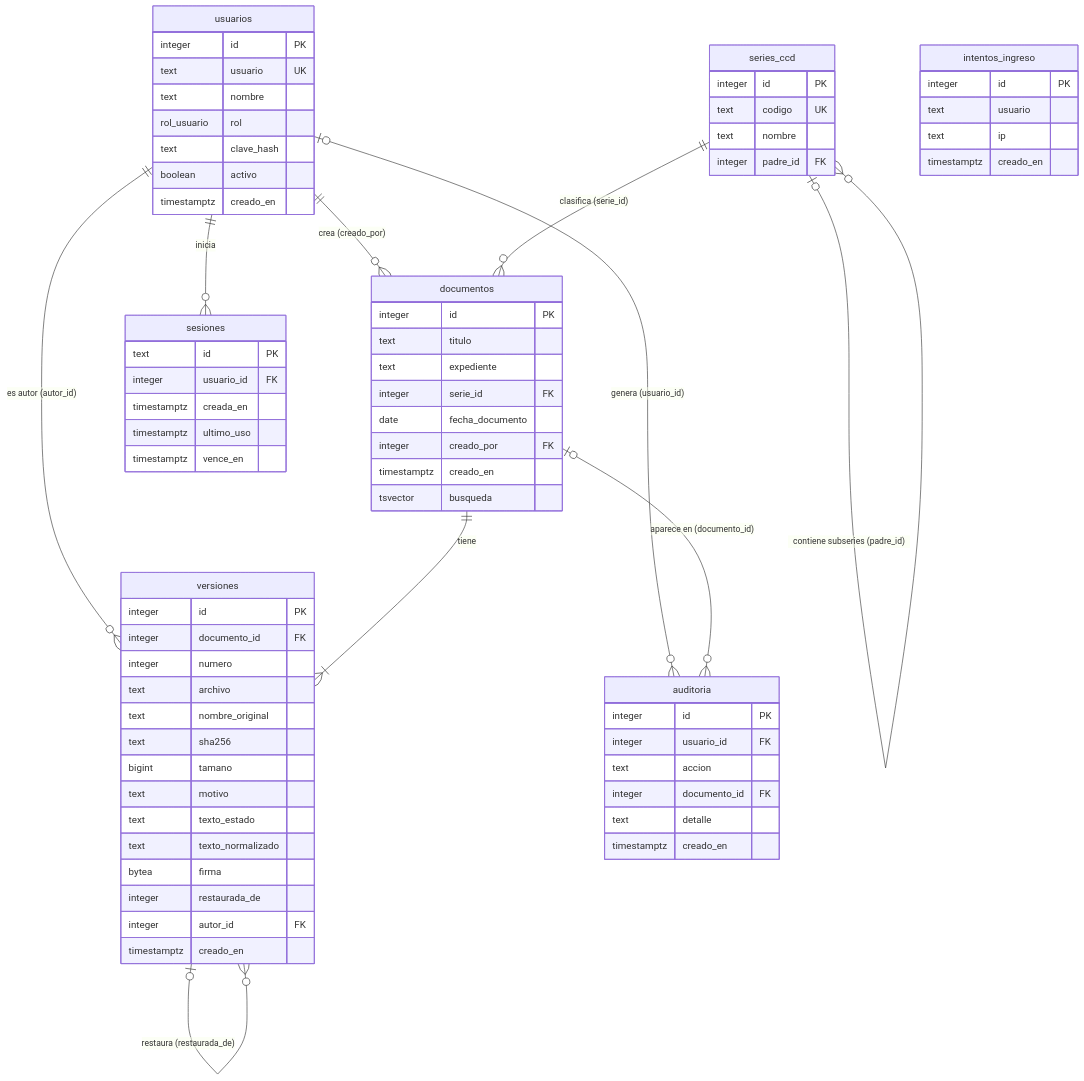
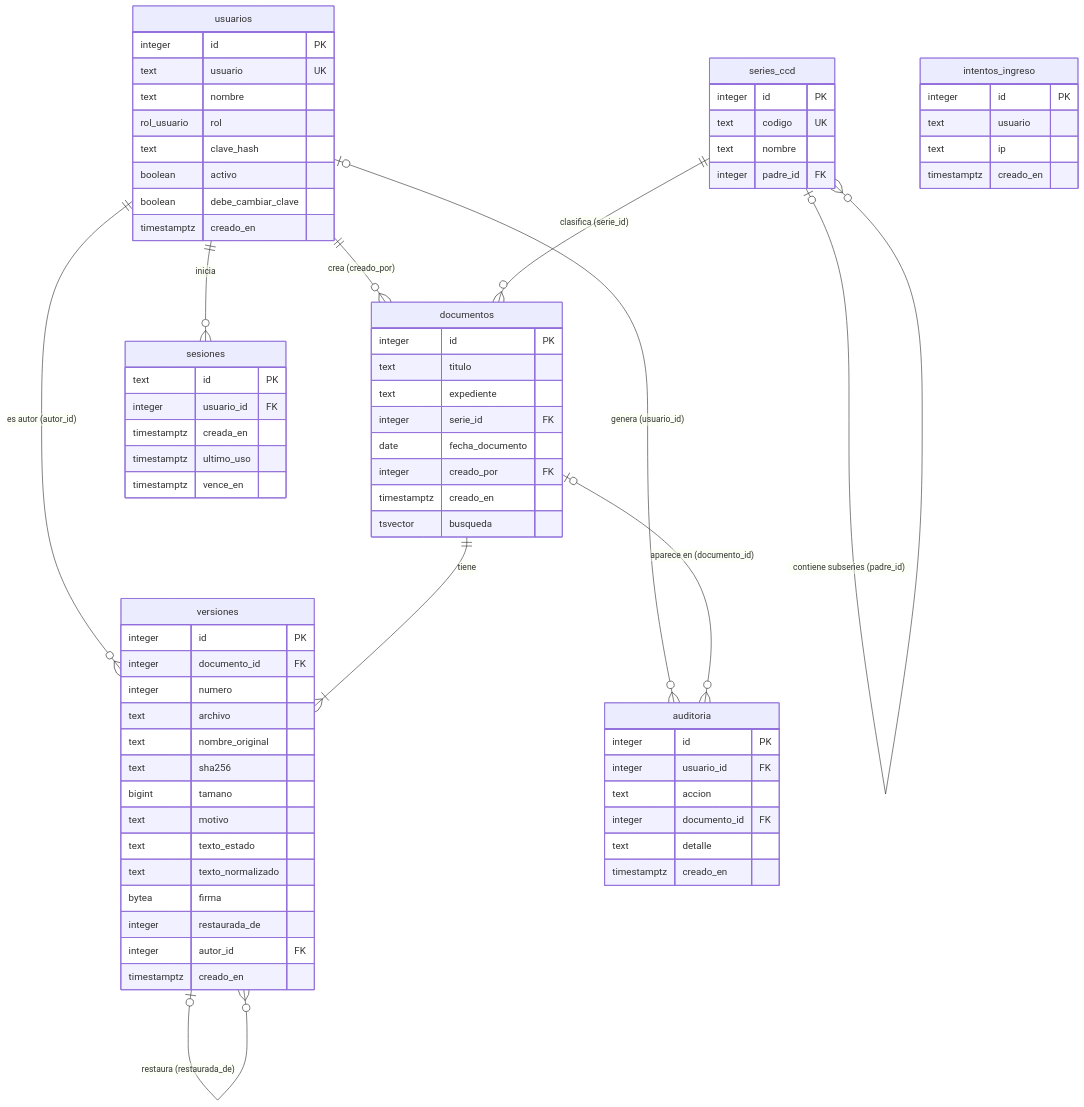
Before and after one commit to JuanBastoD/faro-gestion-documental: the diagram in docs/modelo-de-datos.md, drawn with Mermaid. The commit also changed other lines of this file and 19 other files, not shown here.

````diff
--- a/docs/modelo-de-datos.md
+++ b/docs/modelo-de-datos.md
@@ -21,75 +21,76 @@
 ```mermaid
 erDiagram
     usuarios ||--o{ documentos : "crea (creado_por)"
     usuarios ||--o{ versiones : "es autor (autor_id)"
     usuarios ||--o{ sesiones : "inicia"
     usuarios |o--o{ auditoria : "genera (usuario_id)"
     series_ccd |o--o{ series_ccd : "contiene subseries (padre_id)"
     series_ccd ||--o{ documentos : "clasifica (serie_id)"
     documentos ||--|{ versiones : "tiene"
     documentos |o--o{ auditoria : "aparece en (documento_id)"
     versiones |o--o{ versiones : "restaura (restaurada_de)"
 
     usuarios {
         integer id PK
         text usuario UK
         text nombre
         rol_usuario rol
         text clave_hash
         boolean activo
+        boolean debe_cambiar_clave
         timestamptz creado_en
     }
     series_ccd {
         integer id PK
         text codigo UK
         text nombre
         integer padre_id FK
     }
     documentos {
         integer id PK
         text titulo
         text expediente
         integer serie_id FK
         date fecha_documento
         integer creado_por FK
         timestamptz creado_en
         tsvector busqueda
     }
     versiones {
         integer id PK
         integer documento_id FK
         integer numero
         text archivo
         text nombre_original
         text sha256
         bigint tamano
         text motivo
         text texto_estado
         text texto_normalizado
         bytea firma
         integer restaurada_de
         integer autor_id FK
         timestamptz creado_en
     }
     auditoria {
         integer id PK
         integer usuario_id FK
         text accion
         integer documento_id FK
         text detalle
         timestamptz creado_en
     }
     sesiones {
         text id PK
         integer usuario_id FK
         timestamptz creada_en
         timestamptz ultimo_uso
         timestamptz vence_en
     }
     intentos_ingreso {
         integer id PK
         text usuario
         text ip
         timestamptz creado_en
     }
 ```
````
